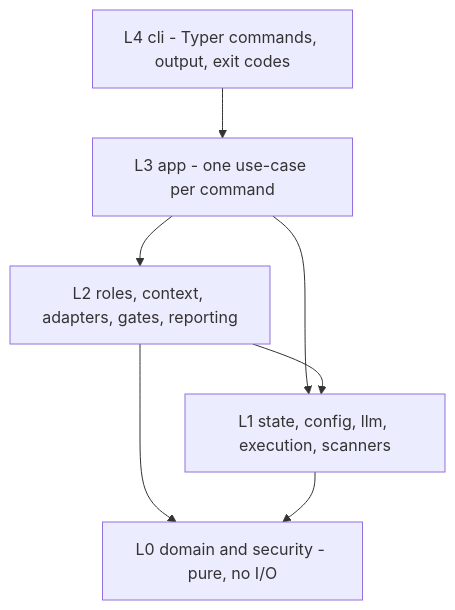
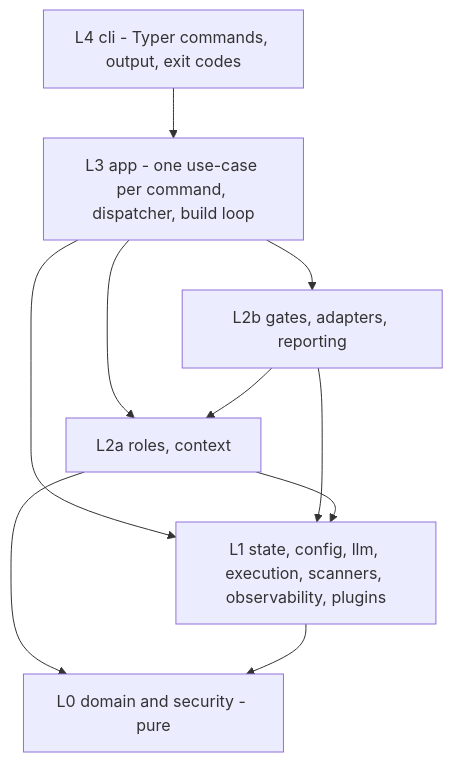
Before and after one commit to mlbala/aipm: the second of 4 diagrams in docs/architecture/ARCHITECTURE.md, drawn with Mermaid. The commit also changed other lines of this file and 11 other files, not shown here.

````diff
--- a/docs/architecture/ARCHITECTURE.md
+++ b/docs/architecture/ARCHITECTURE.md
@@ -138,14 +138,18 @@
 ```mermaid
 flowchart TB
   cli[L4 cli - Typer commands, output, exit codes]
-  app[L3 app - one use-case per command]
-  l2[L2 roles, context, adapters, gates, reporting]
-  l1[L1 state, config, llm, execution, scanners]
-  l0[L0 domain and security - pure, no I/O]
+  app[L3 app - one use-case per command, dispatcher, build loop]
+  l2b[L2b gates, adapters, reporting]
+  l2a[L2a roles, context]
+  l1[L1 state, config, llm, execution, scanners, observability, plugins]
+  l0[L0 domain and security - pure]
   cli --> app
-  app --> l2
+  app --> l2b
+  app --> l2a
   app --> l1
-  l2 --> l1
-  l2 --> l0
+  l2b --> l2a
+  l2b --> l1
+  l2a --> l1
+  l2a --> l0
   l1 --> l0
 ```
````
